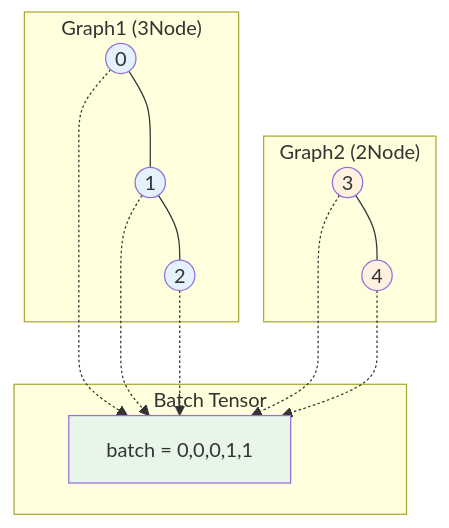
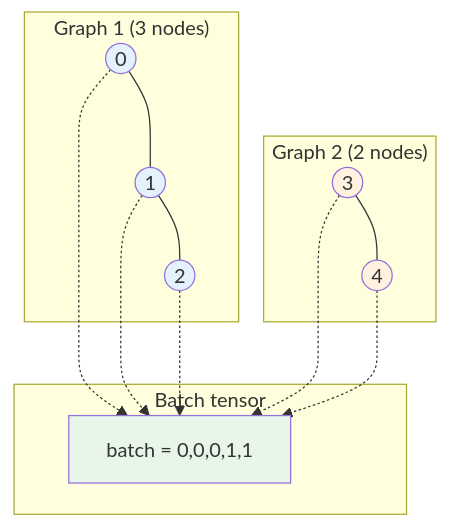
One commit to YusukeHashimotoLab/AI-Knowledge-Notes changed the third of 3 diagrams in knowledge/en/ML/gnn-introduction/chapter3-message-passing.md. Above: the diagram before and after it, drawn with Mermaid. The commit also changed other lines of this file and 57 other files, not shown here.

````diff
--- a/knowledge/en/ML/gnn-introduction/chapter3-message-passing.md
+++ b/knowledge/en/ML/gnn-introduction/chapter3-message-passing.md
@@ -1099,28 +1184,28 @@
     ```mermaid
     graph TB
-        subgraph "Graph1 (3Node)"
+        subgraph "Graph 1 (3 nodes)"
             A1((0)) --- A2((1))
             A2 --- A3((2))
         end
     
-        subgraph "Graph2 (2Node)"
+        subgraph "Graph 2 (2 nodes)"
             B1((3)) --- B2((4))
         end
     
-        subgraph "Batch Tensor"
+        subgraph "Batch tensor"
             C[batch = 0,0,0,1,1]
         end
     
         A1 -.-> C
         A2 -.-> C
         A3 -.-> C
         B1 -.-> C
         B2 -.-> C
     
         style A1 fill:#e3f2fd
         style A2 fill:#e3f2fd
         style A3 fill:#e3f2fd
         style B1 fill:#fff3e0
         style B2 fill:#fff3e0
         style C fill:#e8f5e9
     ```
````
